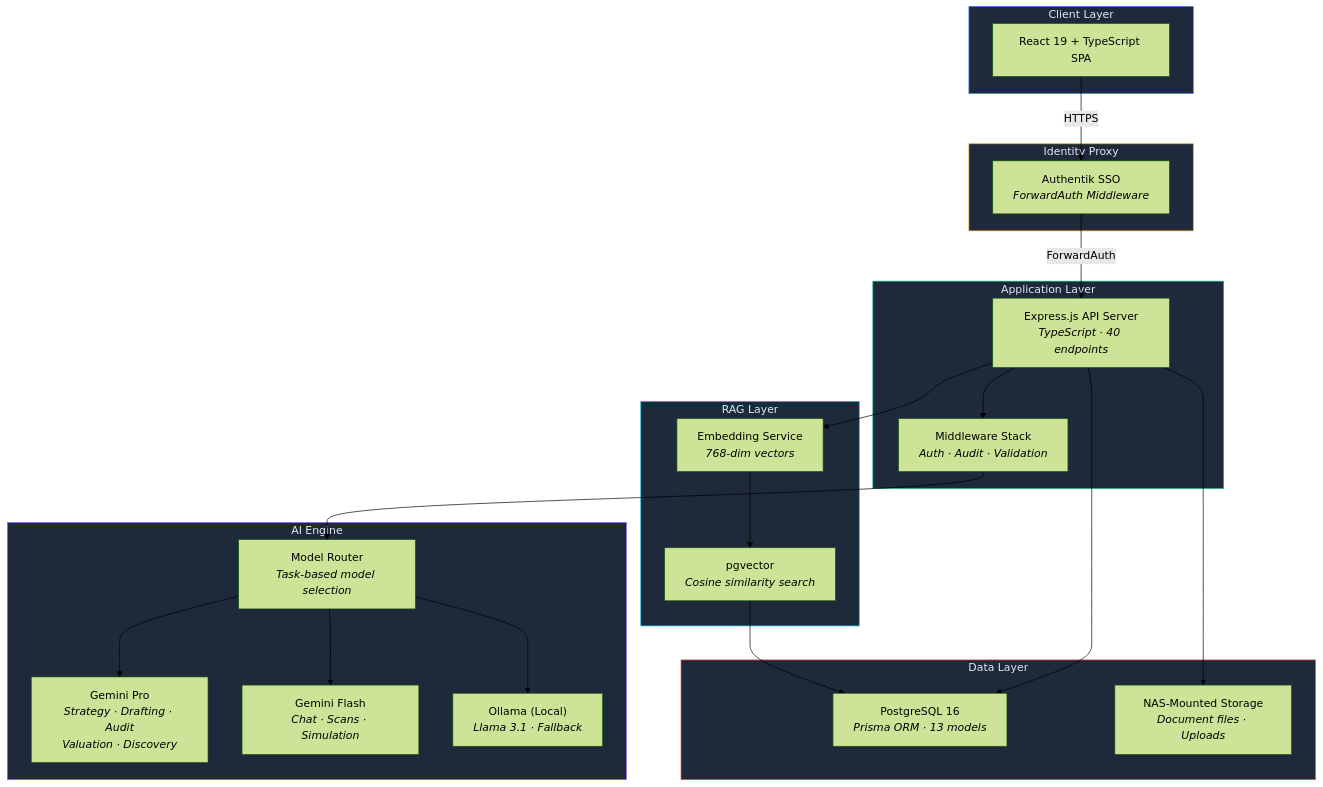
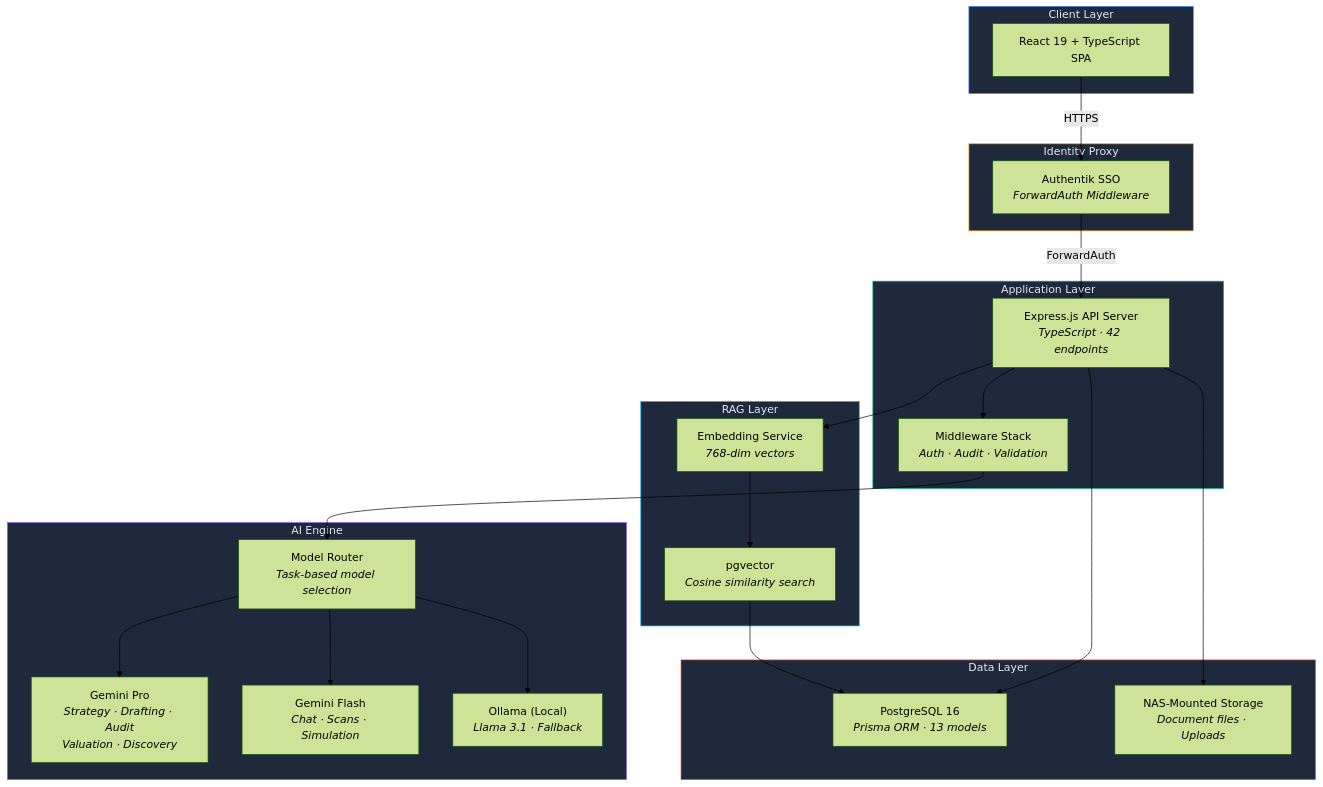
One commit to EolaFam1828/AetherLegalIntelligence changed the first of 11 diagrams in ARCHITECTURE.md. Above: the diagram before and after it, drawn with Mermaid (forest theme). The commit also changed other lines of this file and 2 other files, not shown here.

First line of the commit message:
Sync docs: 42 endpoints, case archive feature, fix schema diagram

````diff
--- a/ARCHITECTURE.md
+++ b/ARCHITECTURE.md
@@ -11,47 +11,47 @@
 ```mermaid
 flowchart TB
     subgraph CLIENT["Client Layer"]
         UI["React 19 + TypeScript SPA"]
     end
 
     subgraph EDGE["Identity Proxy"]
         AK["Authentik SSO<br/><i>ForwardAuth Middleware</i>"]
     end
 
     subgraph API["Application Layer"]
-        EX["Express.js API Server<br/><i>TypeScript · 40 endpoints</i>"]
+        EX["Express.js API Server<br/><i>TypeScript · 42 endpoints</i>"]
         MW["Middleware Stack<br/><i>Auth · Audit · Validation</i>"]
     end
 
     subgraph AI["AI Engine"]
         RT["Model Router<br/><i>Task-based model selection</i>"]
         G3P["Gemini Pro<br/><i>Strategy · Drafting · Audit<br/>Valuation · Discovery</i>"]
         G3F["Gemini Flash<br/><i>Chat · Scans · Simulation</i>"]
         OL["Ollama (Local)<br/><i>Llama 3.1 · Fallback</i>"]
     end
 
     subgraph VECTOR["RAG Layer"]
         EMB["Embedding Service<br/><i>768-dim vectors</i>"]
         PGV["pgvector<br/><i>Cosine similarity search</i>"]
     end
 
     subgraph DATA["Data Layer"]
         PG["PostgreSQL 16<br/><i>Prisma ORM · 13 models</i>"]
         FS["NAS-Mounted Storage<br/><i>Document files · Uploads</i>"]
     end
 
     UI -->|HTTPS| AK
     AK -->|ForwardAuth| EX
     EX --> MW --> RT
     RT --> G3P & G3F & OL
     EX --> EMB --> PGV
     PGV --> PG
     EX --> PG & FS
 
     style CLIENT fill:#1e293b,stroke:#3b82f6,color:#e2e8f0
     style EDGE fill:#1e293b,stroke:#f59e0b,color:#e2e8f0
     style API fill:#1e293b,stroke:#10b981,color:#e2e8f0
     style AI fill:#1e293b,stroke:#8b5cf6,color:#e2e8f0
     style VECTOR fill:#1e293b,stroke:#06b6d4,color:#e2e8f0
     style DATA fill:#1e293b,stroke:#ef4444,color:#e2e8f0
 ```
````
